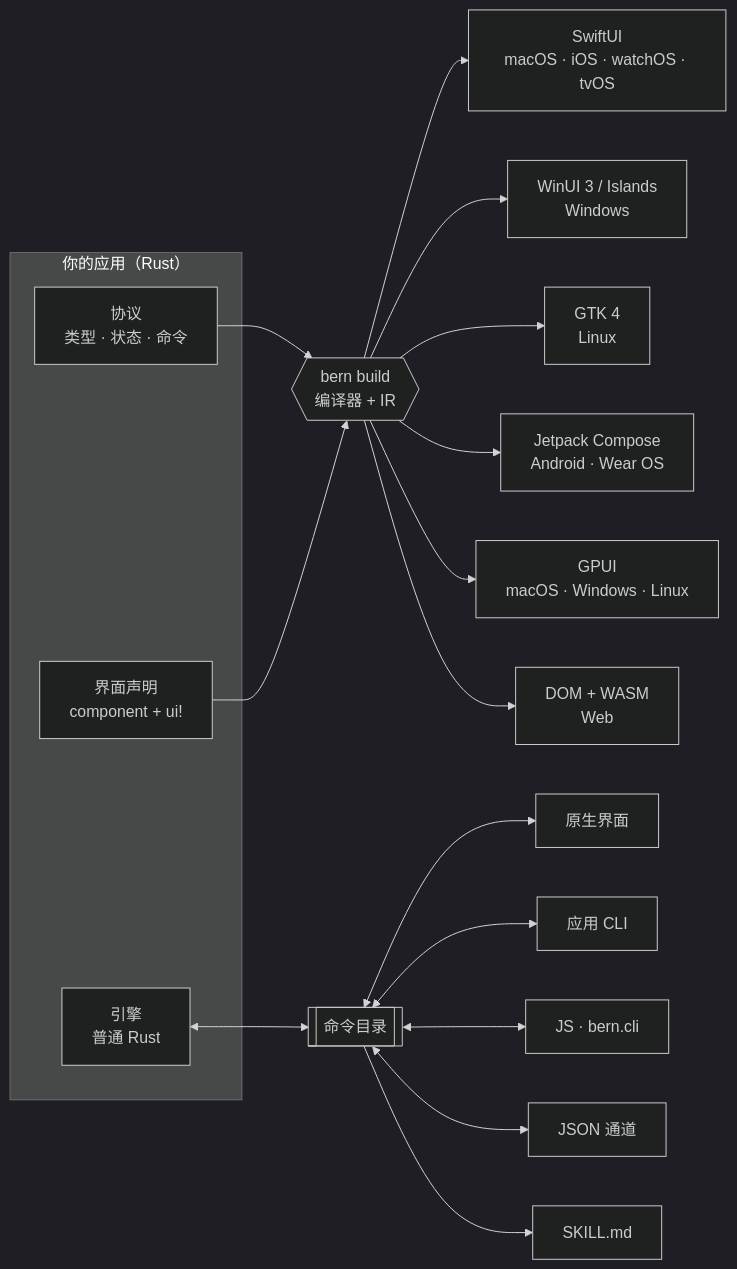
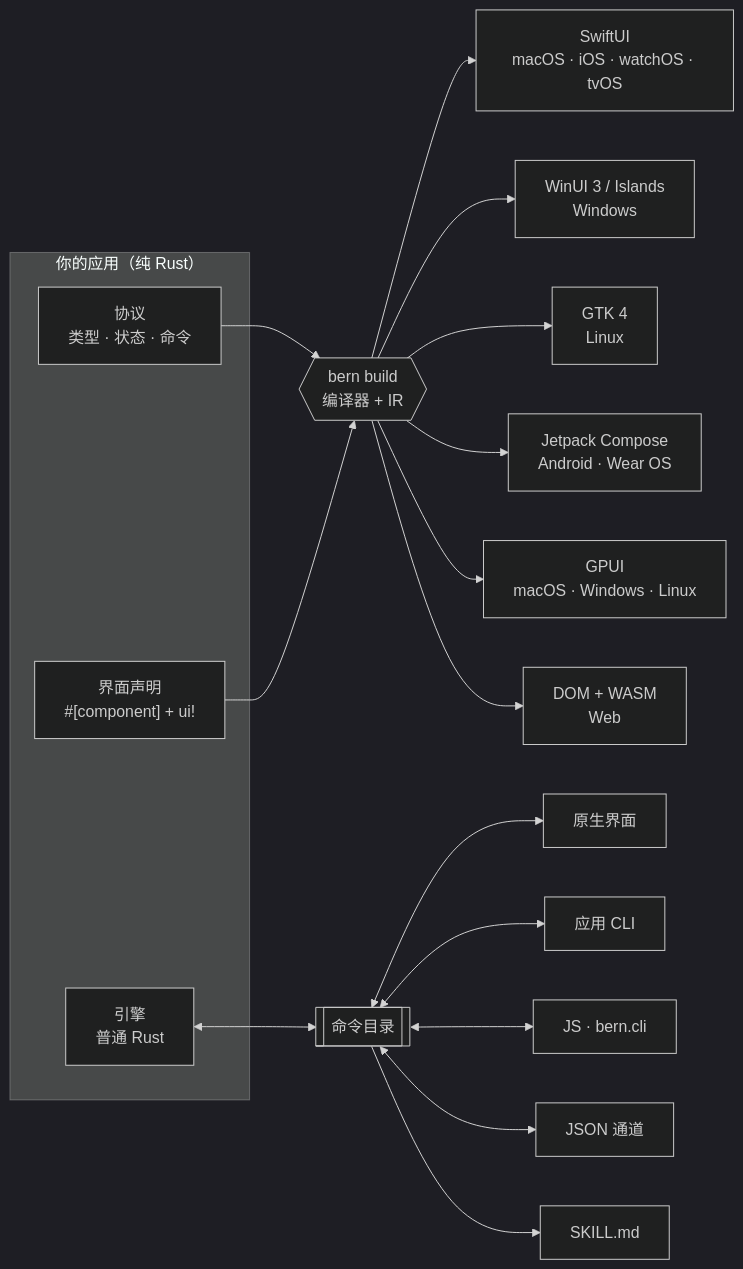
The diagram in README.zh-CN.md (AimesSoft/Bern), drawn with Mermaid (dark theme) before and after one commit. The commit also changed other lines of this file and 124 other files, not shown here.

````diff
--- a/README.zh-CN.md
+++ b/README.zh-CN.md
@@ -232,22 +116,22 @@
 ```mermaid
 flowchart LR
-    subgraph app["你的应用（Rust）"]
+    subgraph app["你的应用（纯 Rust）"]
         P["协议<br/>类型 · 状态 · 命令"]
-        U["界面声明<br/>component + ui!"]
+        U["界面声明<br/>#[component] + ui!"]
         E["引擎<br/>普通 Rust"]
     end
     P --> C{{"bern build<br/>编译器 + IR"}}
     U --> C
     C --> S["SwiftUI<br/>macOS · iOS · watchOS · tvOS"]
     C --> W["WinUI 3 / Islands<br/>Windows"]
     C --> G["GTK 4<br/>Linux"]
     C --> A["Jetpack Compose<br/>Android · Wear OS"]
     C --> P2["GPUI<br/>macOS · Windows · Linux"]
     C --> B["DOM + WASM<br/>Web"]
     E <--> K[["命令目录"]]
     K <--> N["原生界面"]
     K <--> L["应用 CLI"]
     K <--> JS["JS · bern.cli"]
     K <--> J["JSON 通道"]
     K --> SK["SKILL.md"]
 ```
````
